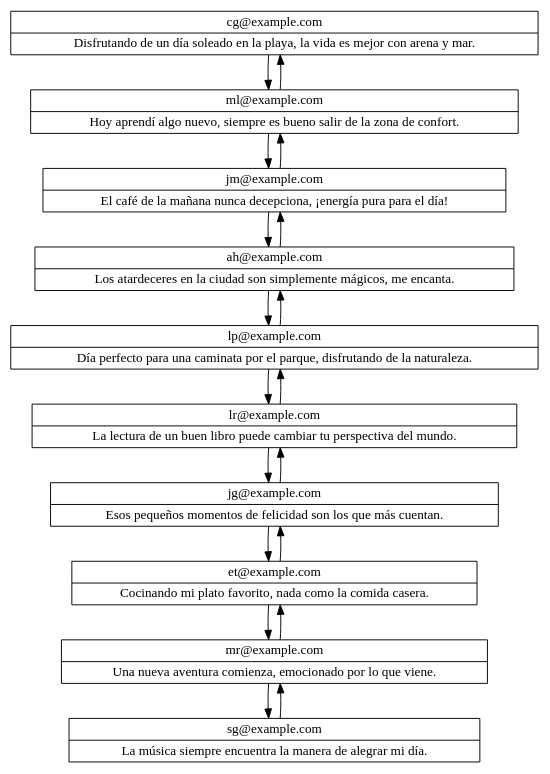
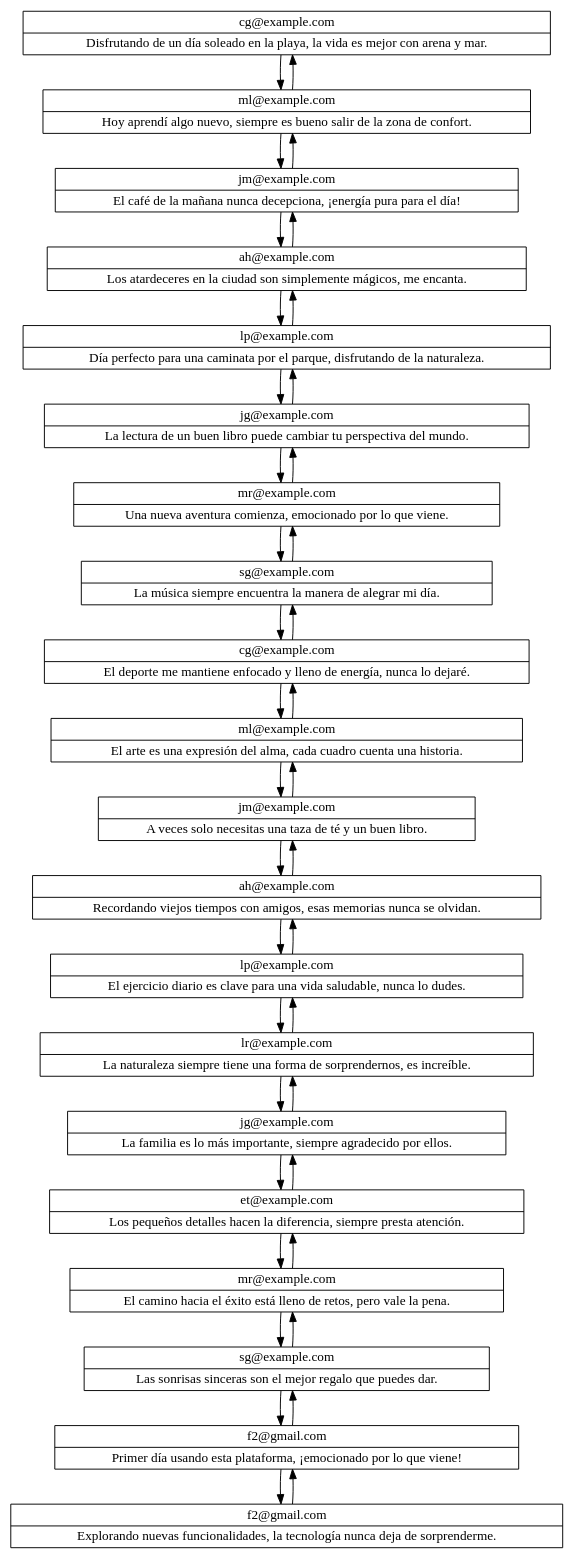
The diagram in Fase3/main/build/Desktop_Qt_6_7_2_MinGW_64_bit-Debug/ListaDoblePublis.dot (Kevin-alvarez1/PROYECTO_MULTIFASES_RED_SOCIAL), drawn with Graphviz before and after one commit. The commit also changed 1029 other files, not shown here.

```diff
--- a/Fase3/main/build/Desktop_Qt_6_7_2_MinGW_64_bit-Debug/ListaDoblePublis.dot
+++ b/Fase3/main/build/Desktop_Qt_6_7_2_MinGW_64_bit-Debug/ListaDoblePublis.dot
@@ -1,31 +1,61 @@
 digraph G {
   node [shape=record];
   nodo0 [label="{cg@example.com | Disfrutando de un día soleado en la playa, la vida es mejor con arena y mar.}"];
   nodo0 -> nodo1;
   nodo1 -> nodo0;
   nodo1 [label="{ml@example.com | Hoy aprendí algo nuevo, siempre es bueno salir de la zona de confort.}"];
   nodo1 -> nodo2;
   nodo2 -> nodo1;
   nodo2 [label="{jm@example.com | El café de la mañana nunca decepciona, ¡energía pura para el día!}"];
   nodo2 -> nodo3;
   nodo3 -> nodo2;
   nodo3 [label="{ah@example.com | Los atardeceres en la ciudad son simplemente mágicos, me encanta.}"];
   nodo3 -> nodo4;
   nodo4 -> nodo3;
   nodo4 [label="{lp@example.com | Día perfecto para una caminata por el parque, disfrutando de la naturaleza.}"];
   nodo4 -> nodo5;
   nodo5 -> nodo4;
-  nodo5 [label="{lr@example.com | La lectura de un buen libro puede cambiar tu perspectiva del mundo.}"];
+  nodo5 [label="{jg@example.com | La lectura de un buen libro puede cambiar tu perspectiva del mundo.}"];
   nodo5 -> nodo6;
   nodo6 -> nodo5;
-  nodo6 [label="{jg@example.com | Esos pequeños momentos de felicidad son los que más cuentan.}"];
+  nodo6 [label="{mr@example.com | Una nueva aventura comienza, emocionado por lo que viene.}"];
   nodo6 -> nodo7;
   nodo7 -> nodo6;
-  nodo7 [label="{et@example.com | Cocinando mi plato favorito, nada como la comida casera.}"];
+  nodo7 [label="{sg@example.com | La música siempre encuentra la manera de alegrar mi día.}"];
   nodo7 -> nodo8;
   nodo8 -> nodo7;
-  nodo8 [label="{mr@example.com | Una nueva aventura comienza, emocionado por lo que viene.}"];
+  nodo8 [label="{cg@example.com | El deporte me mantiene enfocado y lleno de energía, nunca lo dejaré.}"];
   nodo8 -> nodo9;
   nodo9 -> nodo8;
-  nodo9 [label="{sg@example.com | La música siempre encuentra la manera de alegrar mi día.}"];
+  nodo9 [label="{ml@example.com | El arte es una expresión del alma, cada cuadro cuenta una historia.}"];
+  nodo9 -> nodo10;
+  nodo10 -> nodo9;
+  nodo10 [label="{jm@example.com | A veces solo necesitas una taza de té y un buen libro.}"];
+  nodo10 -> nodo11;
+  nodo11 -> nodo10;
+  nodo11 [label="{ah@example.com | Recordando viejos tiempos con amigos, esas memorias nunca se olvidan.}"];
+  nodo11 -> nodo12;
+  nodo12 -> nodo11;
+  nodo12 [label="{lp@example.com | El ejercicio diario es clave para una vida saludable, nunca lo dudes.}"];
+  nodo12 -> nodo13;
+  nodo13 -> nodo12;
+  nodo13 [label="{lr@example.com | La naturaleza siempre tiene una forma de sorprendernos, es increíble.}"];
+  nodo13 -> nodo14;
+  nodo14 -> nodo13;
+  nodo14 [label="{jg@example.com | La familia es lo más importante, siempre agradecido por ellos.}"];
+  nodo14 -> nodo15;
+  nodo15 -> nodo14;
+  nodo15 [label="{et@example.com | Los pequeños detalles hacen la diferencia, siempre presta atención.}"];
+  nodo15 -> nodo16;
+  nodo16 -> nodo15;
+  nodo16 [label="{mr@example.com | El camino hacia el éxito está lleno de retos, pero vale la pena.}"];
+  nodo16 -> nodo17;
+  nodo17 -> nodo16;
+  nodo17 [label="{sg@example.com | Las sonrisas sinceras son el mejor regalo que puedes dar.}"];
+  nodo17 -> nodo18;
+  nodo18 -> nodo17;
+  nodo18 [label="{f2@gmail.com | Primer día usando esta plataforma, ¡emocionado por lo que viene!}"];
+  nodo18 -> nodo19;
+  nodo19 -> nodo18;
+  nodo19 [label="{f2@gmail.com | Explorando nuevas funcionalidades, la tecnología nunca deja de sorprenderme.}"];
 }
```
